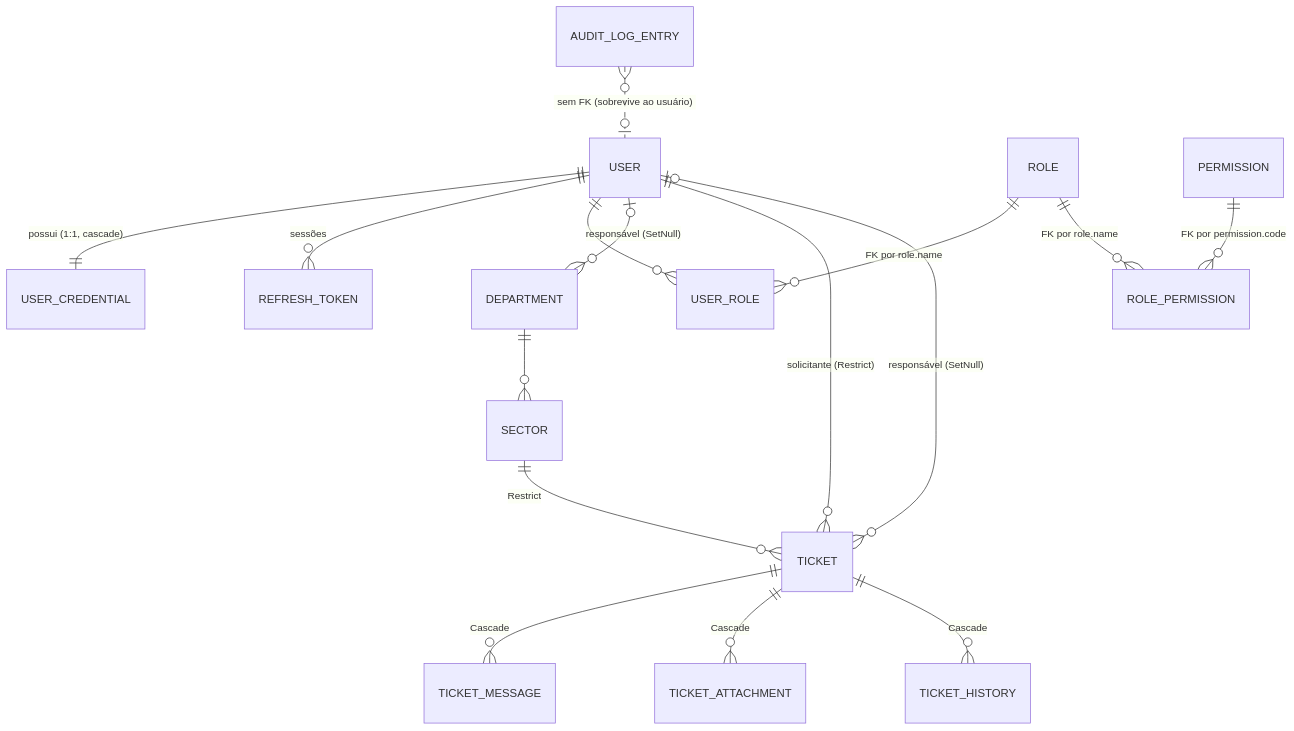
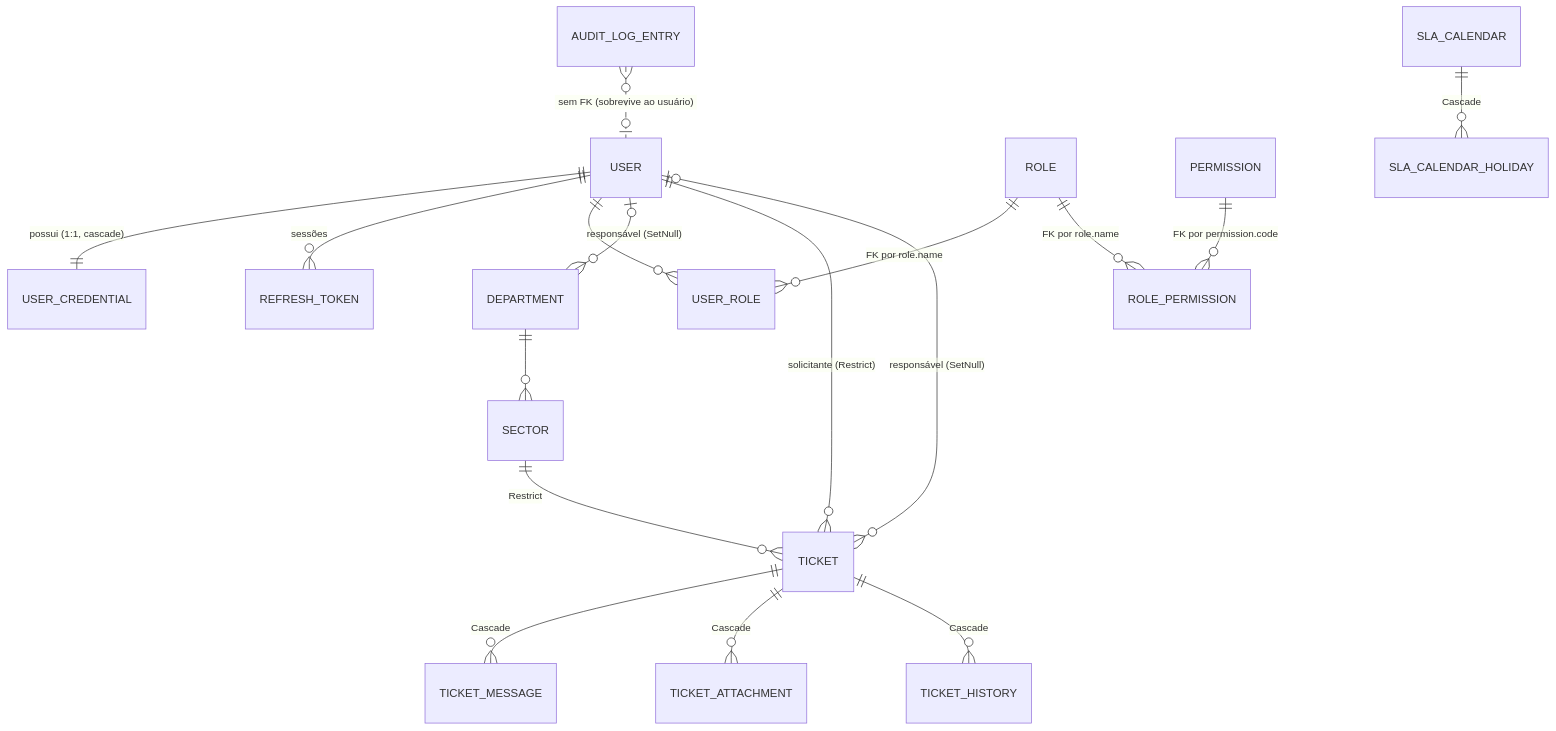
Before and after one commit to rafaelps15/tickest-pristine: the first of 7 diagrams in SYSTEM_SPECIFICATION.md, drawn with Mermaid. The commit also changed other lines of this file and 1 other file, not shown here.

````diff
--- a/SYSTEM_SPECIFICATION.md
+++ b/SYSTEM_SPECIFICATION.md
@@ -128,18 +128,19 @@
 ```mermaid
 erDiagram
     USER ||--|| USER_CREDENTIAL : "possui (1:1, cascade)"
     USER ||--o{ REFRESH_TOKEN : "sessões"
     USER ||--o{ USER_ROLE : ""
     ROLE ||--o{ USER_ROLE : "FK por role.name"
     ROLE ||--o{ ROLE_PERMISSION : "FK por role.name"
     PERMISSION ||--o{ ROLE_PERMISSION : "FK por permission.code"
     DEPARTMENT ||--o{ SECTOR : ""
     USER |o--o{ DEPARTMENT : "responsável (SetNull)"
     SECTOR ||--o{ TICKET : "Restrict"
     USER ||--o{ TICKET : "solicitante (Restrict)"
     USER |o--o{ TICKET : "responsável (SetNull)"
     TICKET ||--o{ TICKET_MESSAGE : "Cascade"
     TICKET ||--o{ TICKET_ATTACHMENT : "Cascade"
     TICKET ||--o{ TICKET_HISTORY : "Cascade"
     AUDIT_LOG_ENTRY }o..o| USER : "sem FK (sobrevive ao usuário)"
+    SLA_CALENDAR ||--o{ SLA_CALENDAR_HOLIDAY : "Cascade"
 ```
````
